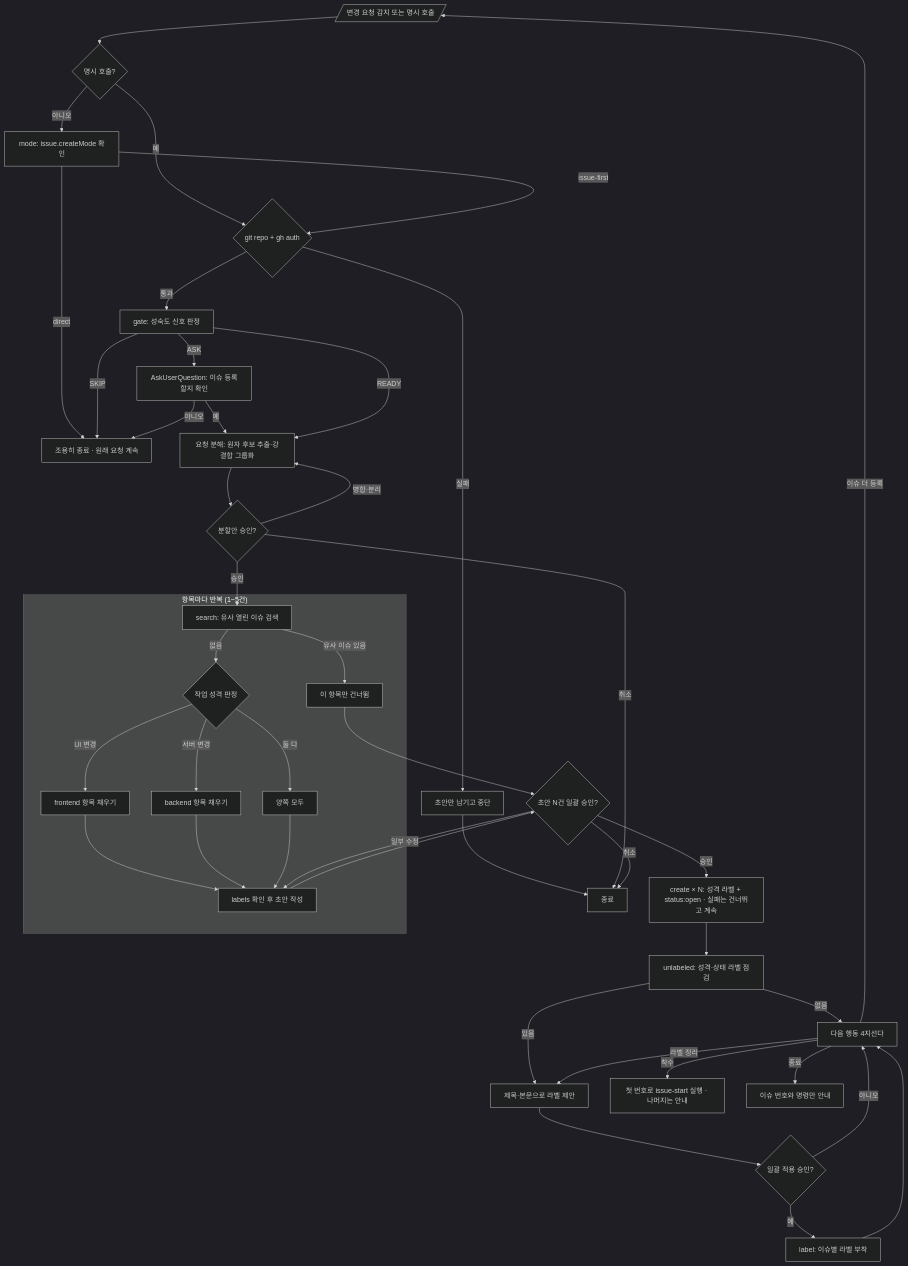
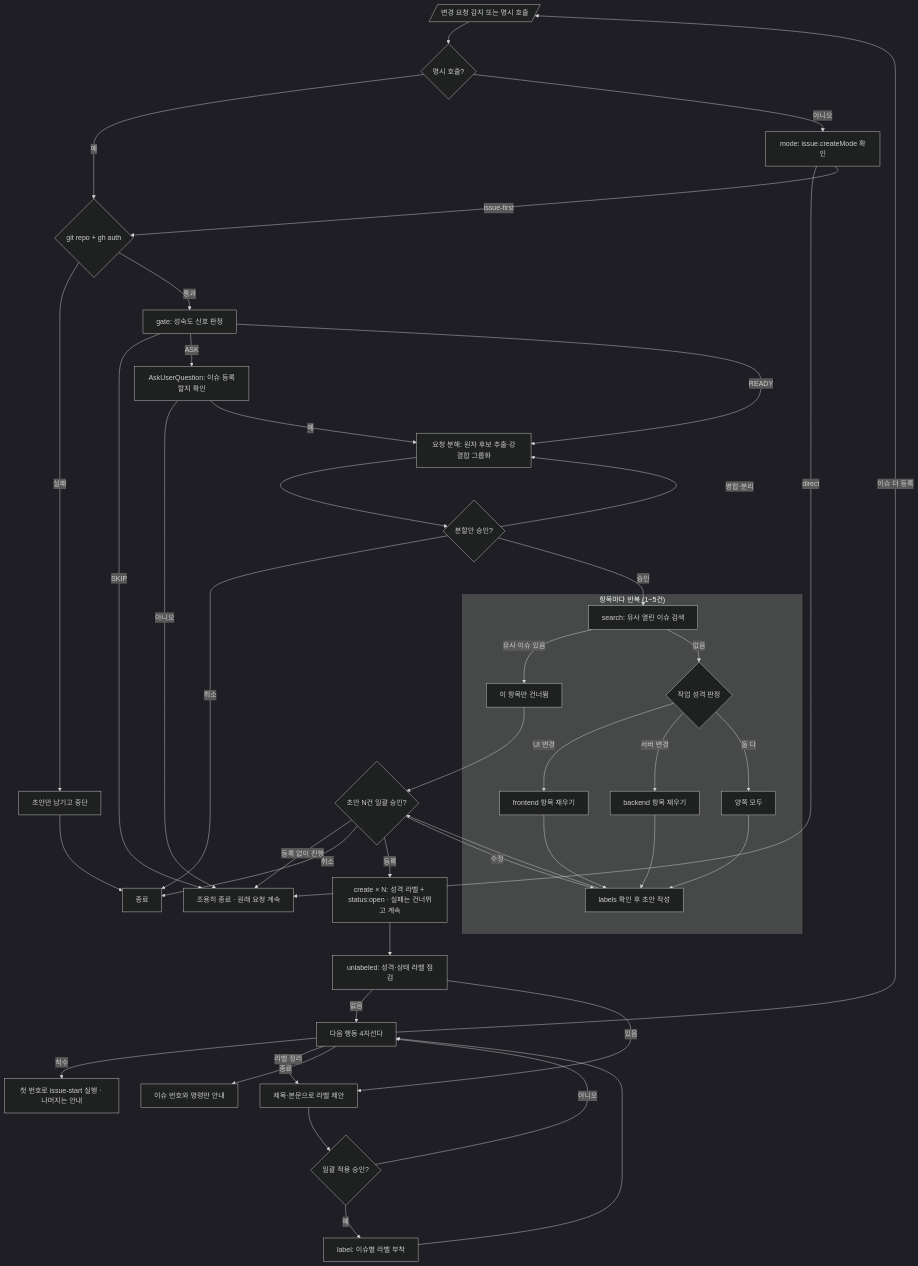
The diagram in skills/issue-create/SKILL.md (Mineru98/samsara), drawn with Mermaid (dark theme) before and after one commit. The commit also changed other lines of this file and 1 other file, not shown here.

Commit message:
feat(issue-create): 초안 승인에 '등록 없이 진행' 선택지 추가 (#53) (#54)
* feat(issue-create): 초안 승인에 '등록 없이 진행' 선택지 추가 (#53)

초안 승인을 등록 / 등록 없이 진행 / 수정 / 취소 네 가지로 늘린다.
등록 없이 진행은 이슈를 만들지 않고 원래 변경 요청을 계속하고,
취소는 원래 요청도 멈춘다.

Claude-Session: https://claude.ai/code/session_01SfA4hyvzXhQxHPoyR5Dngd

* docs(issue-53): 작업 전후 증거 자료 추가

---------

````diff
--- a/skills/issue-create/SKILL.md
+++ b/skills/issue-create/SKILL.md
@@ -81,51 +82,52 @@
 ```mermaid
 flowchart TD
     A[/"변경 요청 감지 또는 명시 호출"/] --> A1{명시 호출?}
     A1 -- 예 --> B
     A1 -- 아니오 --> A2[mode: issue.createMode 확인]
     A2 -->|direct| Z1[조용히 종료 · 원래 요청 계속]
     A2 -->|issue-first| B{git repo + gh auth}
     B -- 실패 --> B1[초안만 남기고 중단] --> Z0[종료]
     B -- 통과 --> C[gate: 성숙도 신호 판정]
 
     C -->|SKIP| Z1[조용히 종료 · 원래 요청 계속]
     C -->|ASK| C1[AskUserQuestion: 이슈 등록할지 확인]
     C1 -- 아니오 --> Z1
     C1 -- 예 --> S
     C -->|READY| S[요청 분해: 원자 후보 추출·강결합 그룹화]
 
     S --> S1{분할안 승인?}
     S1 -- 병합·분리 --> S
     S1 -- 취소 --> Z0
     S1 -- 승인 --> D
 
     subgraph PER["항목마다 반복 (1~5건)"]
       D[search: 유사 열린 이슈 검색] -- 유사 이슈 있음 --> D1[이 항목만 건너뜀]
       D -- 없음 --> E{작업 성격 판정}
       E -->|UI 변경| F1[frontend 항목 채우기]
       E -->|서버 변경| F2[backend 항목 채우기]
       E -->|둘 다| F3[양쪽 모두]
       F1 --> G[labels 확인 후 초안 작성]
       F2 --> G
       F3 --> G
     end
 
     D1 --> H
     G --> H{초안 N건 일괄 승인?}
-    H -- 일부 수정 --> G
+    H -- 수정 --> G
+    H -- 등록 없이 진행 --> Z1
     H -- 취소 --> Z0
-    H -- 승인 --> I[create × N: 성격 라벨 + status:open · 실패는 건너뛰고 계속]
+    H -- 등록 --> I[create × N: 성격 라벨 + status:open · 실패는 건너뛰고 계속]
 
     I --> M[unlabeled: 성격·상태 라벨 점검]
     M -- 없음 --> J
     M -- 있음 --> M1[제목·본문으로 라벨 제안]
     M1 --> M2{일괄 적용 승인?}
     M2 -- 아니오 --> J
     M2 -- 예 --> M3[label: 이슈별 라벨 부착] --> J
 
     J[다음 행동 4지선다]
     J -->|착수| K[첫 번호로 issue-start 실행 · 나머지는 안내]
     J -->|이슈 더 등록| A
     J -->|라벨 정리| M1
     J -->|종료| L[이슈 번호와 명령만 안내]
 ```
````
